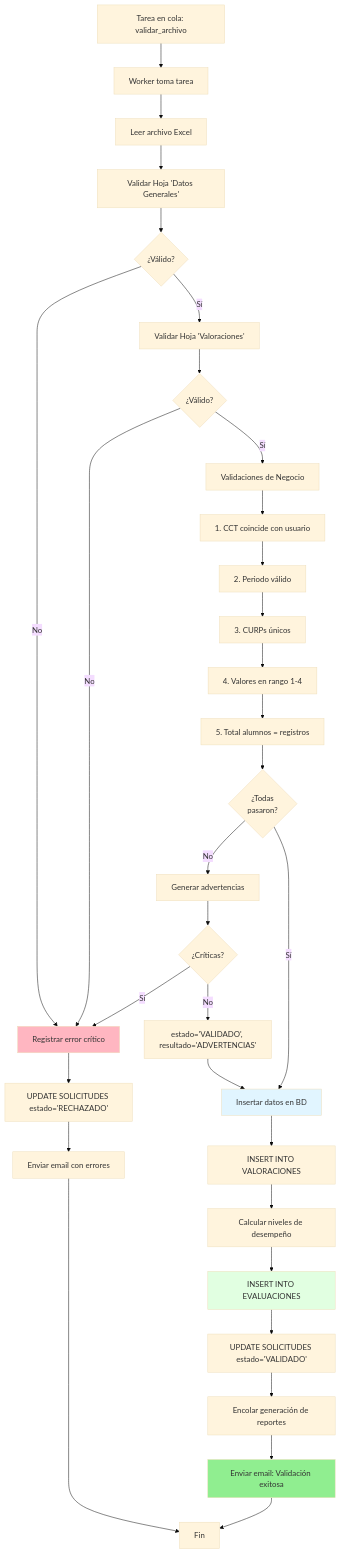
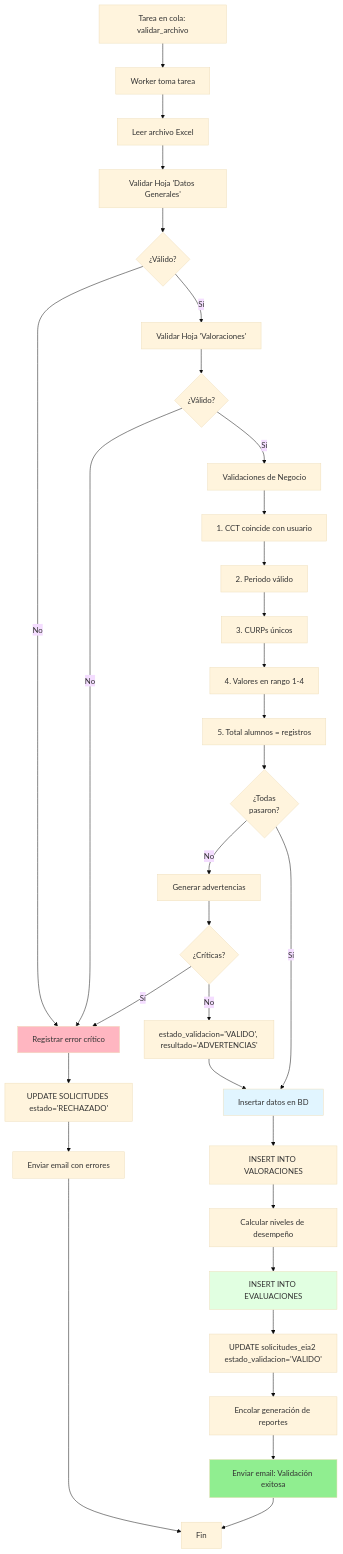
Diagram 12 of 18 in FLUJO_DE_DATOS_COMPLETO.md (dleonsystem/sep_evaluacion_diagnostica), drawn with Mermaid (base theme) before and after one commit. The commit also changed other lines of this file and 2 other files, not shown here.

````diff
--- a/FLUJO_DE_DATOS_COMPLETO.md
+++ b/FLUJO_DE_DATOS_COMPLETO.md
@@ -1312,45 +1330,45 @@
 ```mermaid
 graph TB
     A[Tarea en cola: validar_archivo] --> B[Worker toma tarea]
     B --> C[Leer archivo Excel]
     C --> D[Validar Hoja 'Datos Generales']
     
     D --> E{¿Válido?}
     E -->|No| F[Registrar error crítico]
     F --> G[UPDATE SOLICITUDES estado='RECHAZADO']
     G --> H[Enviar email con errores]
     H --> Z[Fin]
     
     E -->|Sí| I[Validar Hoja 'Valoraciones']
     I --> J{¿Válido?}
     J -->|No| F
     
     J -->|Sí| K[Validaciones de Negocio]
     K --> L[1. CCT coincide con usuario]
     L --> M[2. Periodo válido]
     M --> N[3. CURPs únicos]
     N --> O[4. Valores en rango 1-4]
     O --> P[5. Total alumnos = registros]
     
     P --> Q{¿Todas<br/>pasaron?}
     Q -->|No| R[Generar advertencias]
     R --> S{¿Críticas?}
     S -->|Sí| F
-    S -->|No| T[estado='VALIDADO', resultado='ADVERTENCIAS']
+    S -->|No| T[estado_validacion='VALIDO', resultado='ADVERTENCIAS']
     
     Q -->|Sí| U[Insertar datos en BD]
     U --> V[INSERT INTO VALORACIONES]
     V --> W[Calcular niveles de desempeño]
     W --> X[INSERT INTO EVALUACIONES]
-    X --> Y[UPDATE SOLICITUDES estado='VALIDADO']
+    X --> Y[UPDATE solicitudes_eia2 estado_validacion='VALIDO']
     Y --> AA[Encolar generación de reportes]
     AA --> AB[Enviar email: Validación exitosa]
     AB --> Z
     
     T --> U
     
     style U fill:#e1f5ff
     style X fill:#e1ffe1
     style F fill:#FFB6C1
     style AB fill:#90EE90
 ```
````
